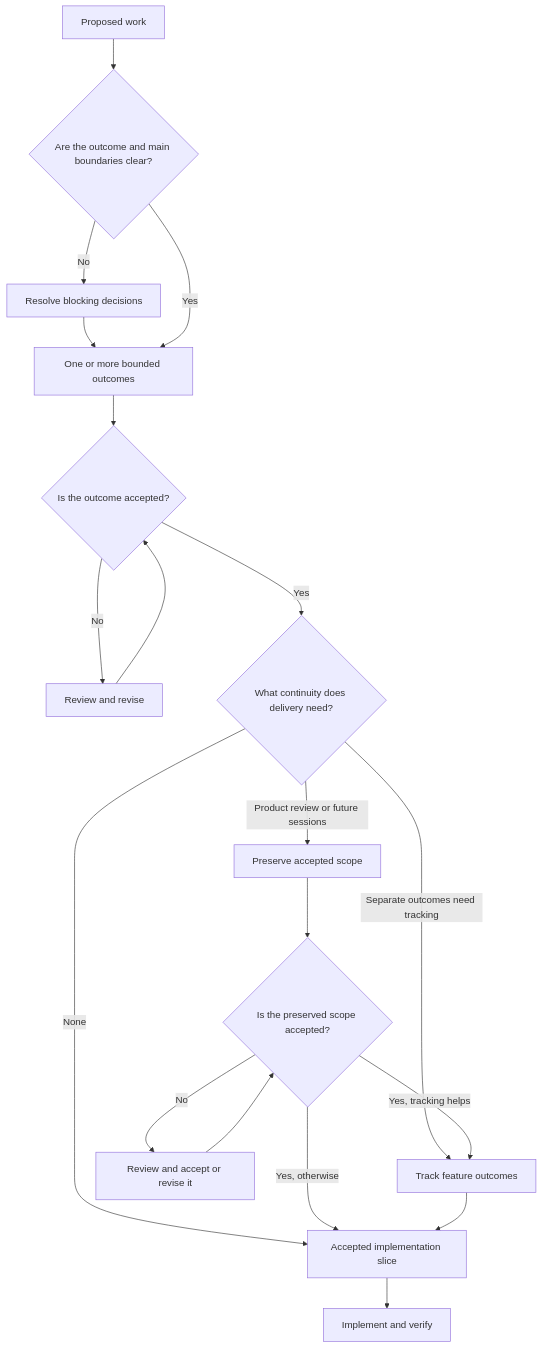
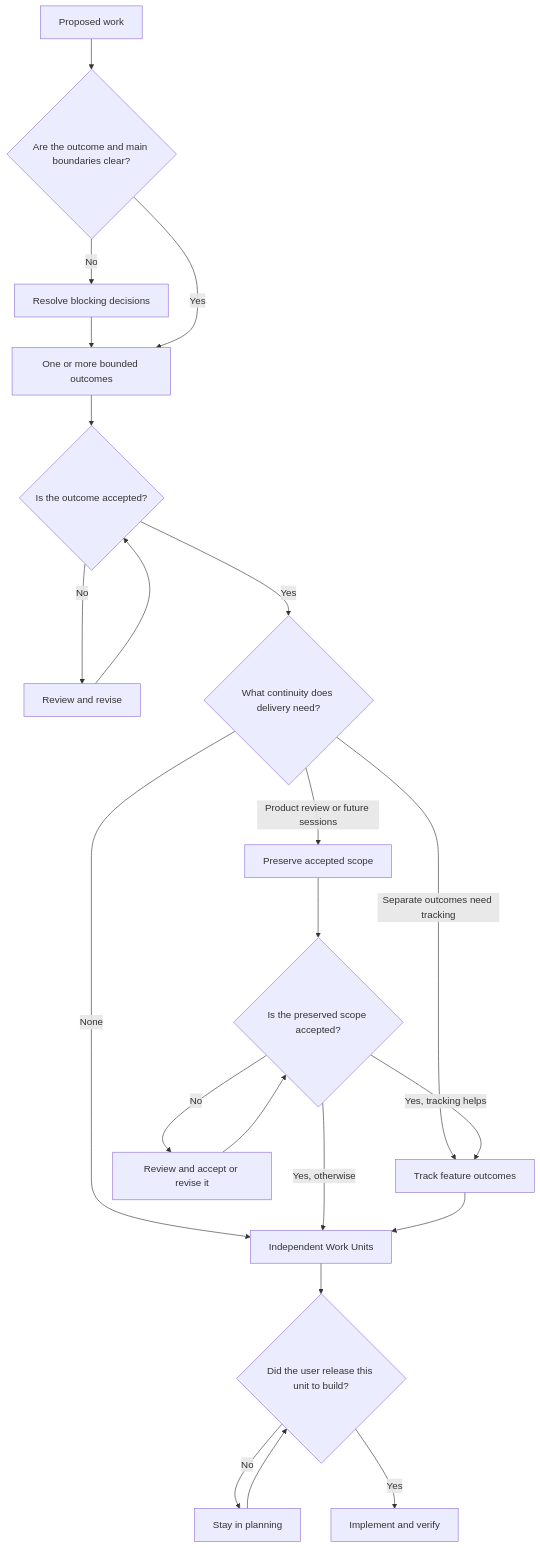
Before and after one commit to synorastudio/eng-playbook: the diagram in README.md, drawn with Mermaid. The commit also changed other lines of this file and 14 other files, not shown here.

First line of the commit message:
feat(workflow): gate build behind an explicit per-unit release (#2)

````diff
--- a/README.md
+++ b/README.md
@@ -33,21 +33,24 @@
 ```mermaid
 flowchart TD
     proposed[Proposed work] --> clear{Are the outcome and main boundaries clear?}
     clear -->|No| resolve[Resolve blocking decisions]
     resolve --> bounded[One or more bounded outcomes]
     clear -->|Yes| bounded
     bounded --> accepted{Is the outcome accepted?}
     accepted -->|No| review[Review and revise]
     review --> accepted
     accepted -->|Yes| continuity{What continuity does delivery need?}
     continuity -->|Product review or future sessions| preserve[Preserve accepted scope]
     continuity -->|Separate outcomes need tracking| track[Track feature outcomes]
-    continuity -->|None| slice[Accepted implementation slice]
+    continuity -->|None| units[Independent Work Units]
     preserve --> preservedAccepted{Is the preserved scope accepted?}
     preservedAccepted -->|No| preserveReview[Review and accept or revise it]
     preserveReview --> preservedAccepted
     preservedAccepted -->|Yes, tracking helps| track
-    preservedAccepted -->|Yes, otherwise| slice
-    track --> slice
-    slice --> implement[Implement and verify]
+    preservedAccepted -->|Yes, otherwise| units
+    track --> units
+    units --> released{Did the user release this unit to build?}
+    released -->|No| planning[Stay in planning]
+    planning --> released
+    released -->|Yes| implement[Implement and verify]
 ```
````
